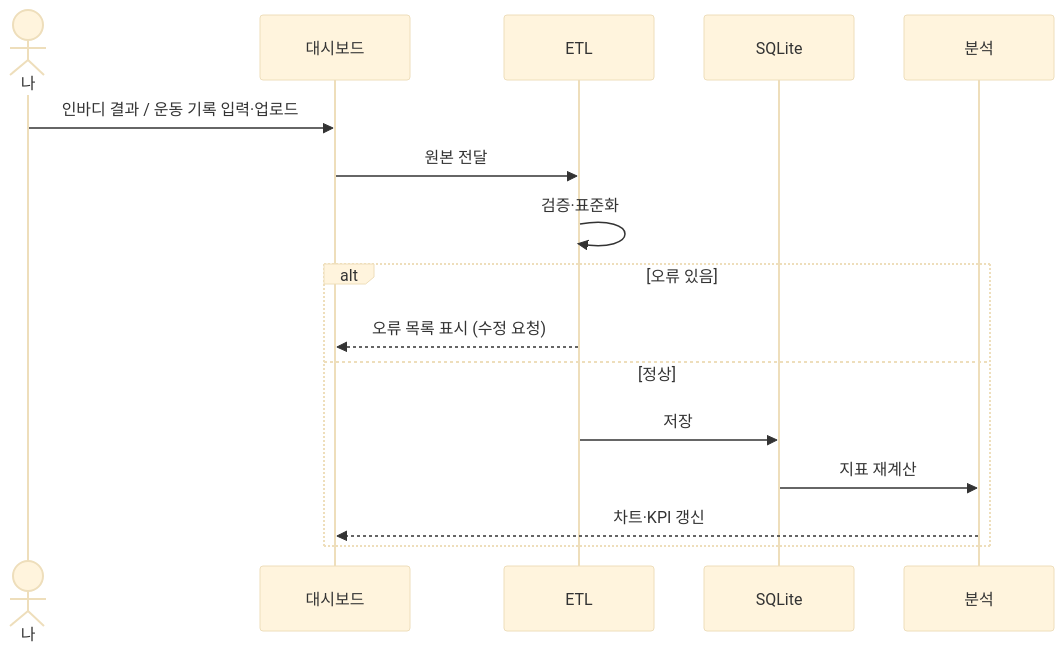
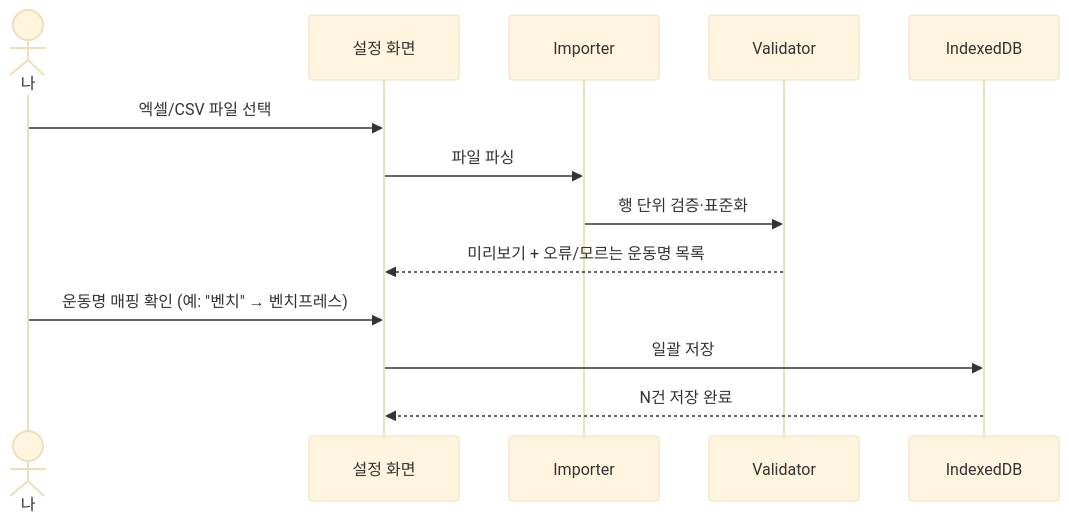
One commit to y2j1004-run/003.workout_mgmt changed the fourth of 5 diagrams in docs/ARCHITECTURE.md. Above: the diagram before and after it, drawn with Mermaid (base theme). The commit also changed other lines of this file and 1 other file, not shown here.

First line of the commit message:
Revise architecture to installable mobile PWA

````diff
--- a/docs/ARCHITECTURE.md
+++ b/docs/ARCHITECTURE.md
@@ -153,19 +173,16 @@
 ```mermaid
 sequenceDiagram
     actor U as 나
-    participant D as 대시보드
-    participant E as ETL
-    participant DB as SQLite
-    participant A as 분석
+    participant S as 설정 화면
+    participant IM as Importer
+    participant V as Validator
+    participant DB as IndexedDB
 
-    U->>D: 인바디 결과 / 운동 기록 입력·업로드
-    D->>E: 원본 전달
-    E->>E: 검증·표준화
-    alt 오류 있음
-        E-->>D: 오류 목록 표시 (수정 요청)
-    else 정상
-        E->>DB: 저장
-        DB->>A: 지표 재계산
-        A-->>D: 차트·KPI 갱신
-    end
+    U->>S: 엑셀/CSV 파일 선택
+    S->>IM: 파일 파싱
+    IM->>V: 행 단위 검증·표준화
+    V-->>S: 미리보기 + 오류/모르는 운동명 목록
+    U->>S: 운동명 매핑 확인 (예: "벤치" → 벤치프레스)
+    S->>DB: 일괄 저장
+    DB-->>S: N건 저장 완료
 ```
````
